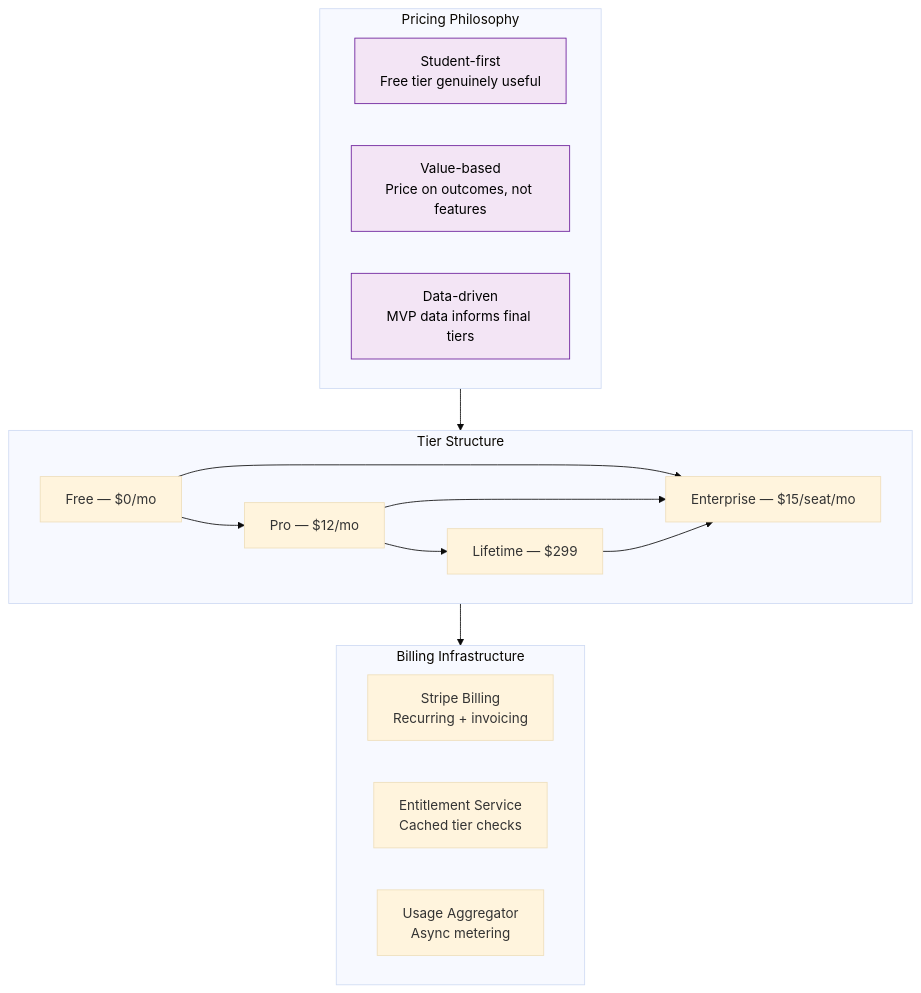
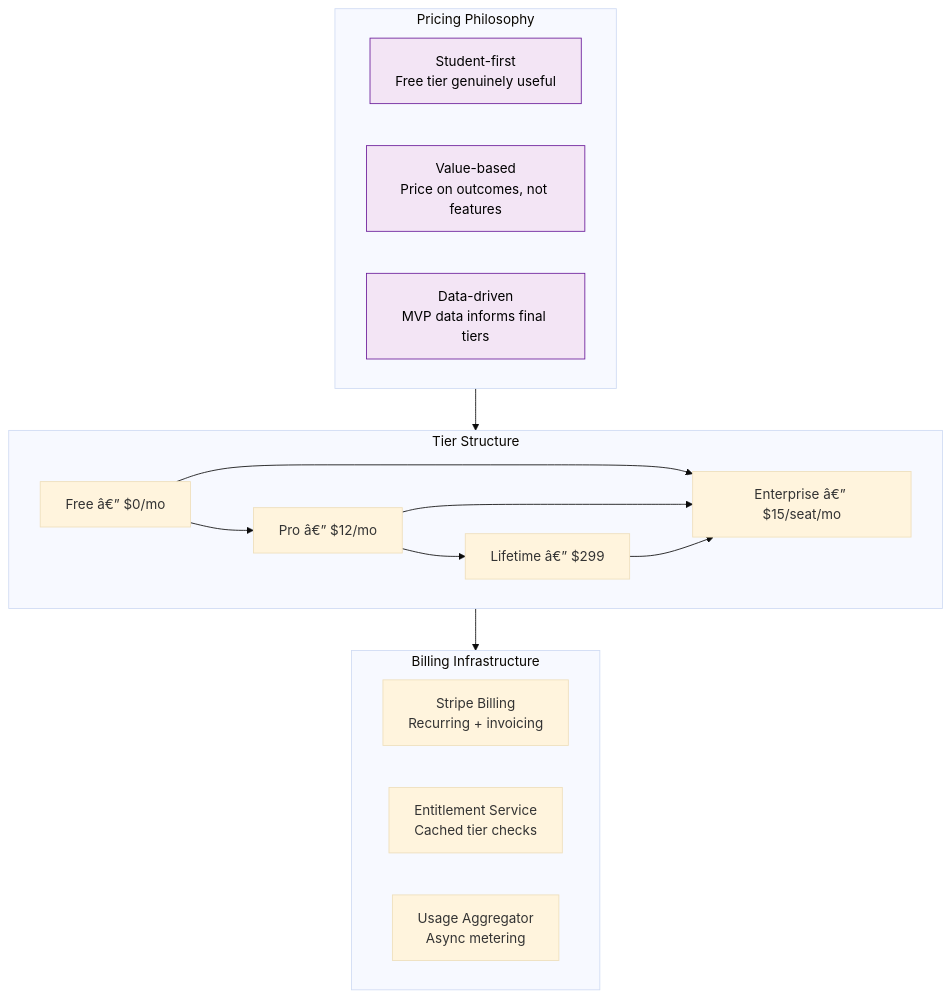
Before and after one commit to Driftloom/Vaeloom: the first of 2 diagrams in Docs/Product/Pricing.md, drawn with Mermaid (base theme). The commit also changed other lines of this file and 249 other files, not shown here.

````diff
--- a/Docs/Product/Pricing.md
+++ b/Docs/Product/Pricing.md
@@ -16,39 +16,39 @@
 ```mermaid
 graph TD
     classDef free fill:#e3f2fd,stroke:#1565c0,color:#000,stroke-width:2px
     classDef pro fill:#e8f5e9,stroke:#2e7d32,color:#000,stroke-width:1.5px
     classDef life fill:#fff8e1,stroke:#f57f17,color:#000,stroke-width:1.5px
     classDef ent fill:#fff3e0,stroke:#e65100,color:#000,stroke-width:1.5px
     classDef principle fill:#f3e5f5,stroke:#6a1b9a,color:#000,stroke-width:1px
     classDef billing fill:#e1f5fe,stroke:#0288d1,color:#000,stroke-width:1px
 
     subgraph Philosophy["Pricing Philosophy"]
         PH1["Student-first<br/>Free tier genuinely useful"]
         PH2["Value-based<br/>Price on outcomes, not features"]
         PH3["Data-driven<br/>MVP data informs final tiers"]
     end
 
     subgraph Tiers["Tier Structure"]
-        Free["Free — $0/mo"]
-        Pro["Pro — $12/mo"]
-        Life["Lifetime — $299"]
-        Ent["Enterprise — $15/seat/mo"]
+        Free["Free â€” $0/mo"]
+        Pro["Pro â€” $12/mo"]
+        Life["Lifetime â€” $299"]
+        Ent["Enterprise â€” $15/seat/mo"]
     end
 
     subgraph Billing["Billing Infrastructure"]
         B1["Stripe Billing<br/>Recurring + invoicing"]
         B2["Entitlement Service<br/>Cached tier checks"]
         B3["Usage Aggregator<br/>Async metering"]
     end
 
     Philosophy --> Tiers
     Tiers --> Billing
     Free --> Pro --> Life
     Free & Pro & Life --> Ent
 
     class F1,F2,F3,F4,F5 free
     class P1,P2,P3,P4,P5 pro
     class L1,L2 life
     class E1,E2,E3,E4,E5 ent
     class PH1,PH2,PH3 principle
 ```
````
